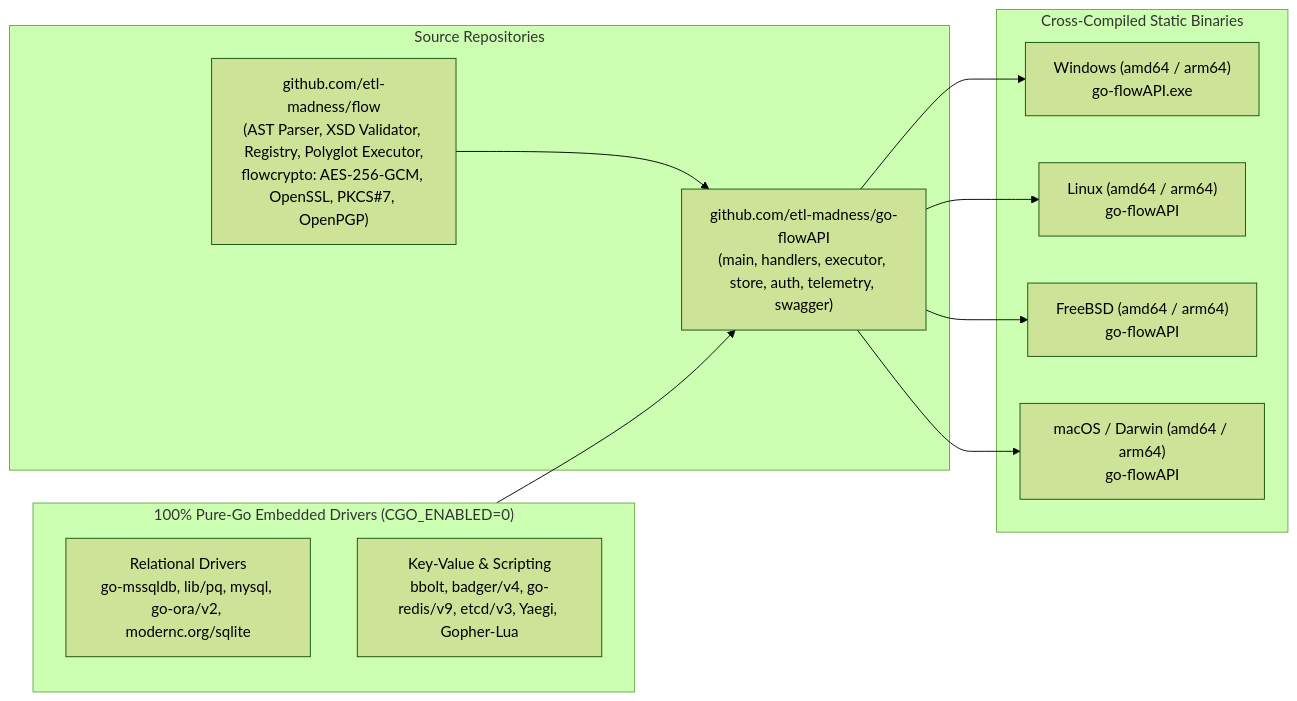
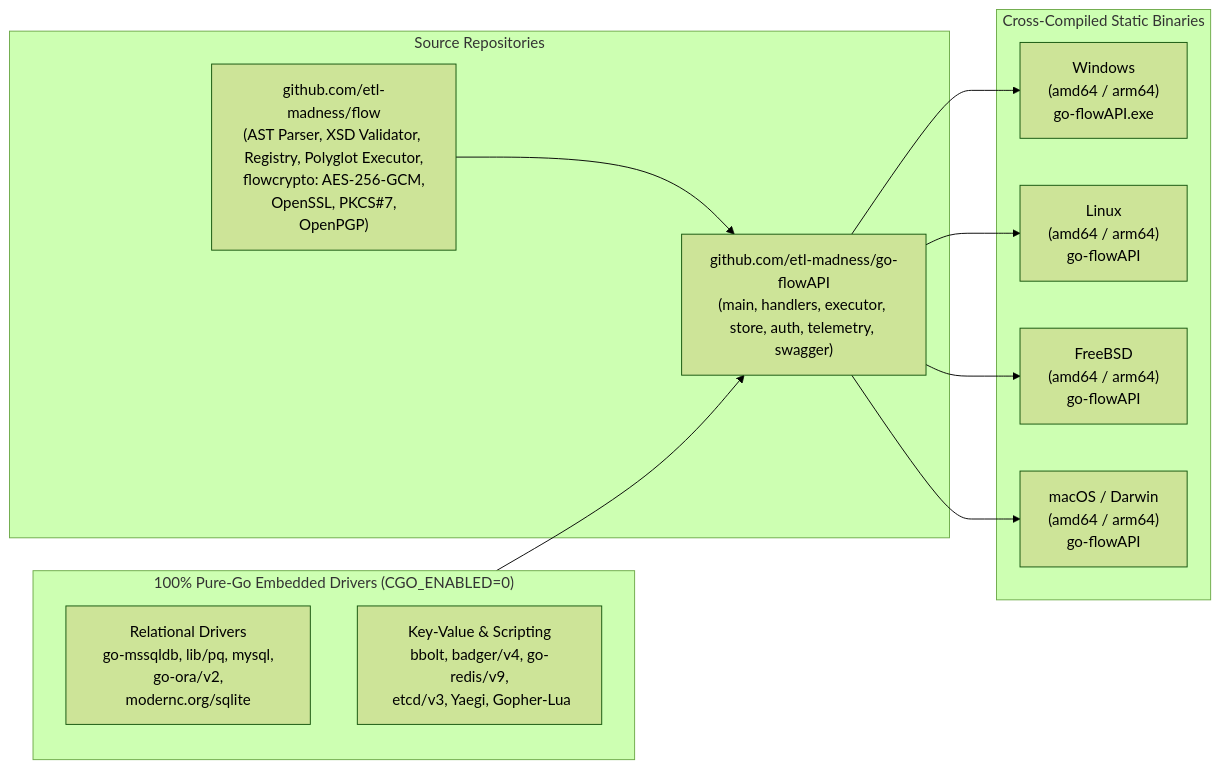
Before and after one commit to etl-madness/flow-docs: the first of 2 diagrams in docs/guides/API_COMPILATION_AND_BUILD_GUIDE.md, drawn with Mermaid (forest theme). The commit also changed other lines of this file and 4 other files, not shown here.

Commit message:
feat: git pages, mermaid graph cleanup v2

````diff
--- a/docs/guides/API_COMPILATION_AND_BUILD_GUIDE.md
+++ b/docs/guides/API_COMPILATION_AND_BUILD_GUIDE.md
@@ -47,23 +47,23 @@
 ```mermaid
 flowchart LR
     subgraph Sources["Source Repositories"]
-        API["github.com/etl-madness/go-flowAPI<br/>(main, handlers, executor, store, auth, telemetry, swagger)"]
-        FLOW["github.com/etl-madness/flow<br/>(AST Parser, XSD Validator, Registry, Polyglot Executor,<br/>flowcrypto: AES-256-GCM, OpenSSL, PKCS#7, OpenPGP)"]
+        API["github.com/etl-madness/go-flowAPI<br/>(main, handlers, executor, <br/>store, auth, telemetry, swagger)"]
+        FLOW["github.com/etl-madness/flow<br/>(AST Parser, XSD Validator, <br/>Registry, Polyglot Executor,<br/>flowcrypto: AES-256-GCM,<br/> OpenSSL, PKCS#7, OpenPGP)"]
     end
 
     subgraph Drivers["100% Pure-Go Embedded Drivers (CGO_ENABLED=0)"]
-        SQL["Relational Drivers<br/>go-mssqldb, lib/pq, mysql, go-ora/v2, modernc.org/sqlite"]
-        KV["Key-Value & Scripting<br/>bbolt, badger/v4, go-redis/v9, etcd/v3, Yaegi, Gopher-Lua"]
+        SQL["Relational Drivers<br/>go-mssqldb, lib/pq, mysql,<br/> go-ora/v2, modernc.org/sqlite"]
+        KV["Key-Value & Scripting<br/>bbolt, badger/v4, go-redis/v9,<br/> etcd/v3, Yaegi, Gopher-Lua"]
     end
 
     subgraph Targets["Cross-Compiled Static Binaries"]
-        WIN["Windows (amd64 / arm64)<br/>go-flowAPI.exe"]
-        LIN["Linux (amd64 / arm64)<br/>go-flowAPI"]
-        BSD["FreeBSD (amd64 / arm64)<br/>go-flowAPI"]
-        MAC["macOS / Darwin (amd64 / arm64)<br/>go-flowAPI"]
+        WIN["Windows <br/> (amd64 / arm64)<br/>go-flowAPI.exe"]
+        LIN["Linux <br/> (amd64 / arm64)<br/>go-flowAPI"]
+        BSD["FreeBSD <br/>(amd64 / arm64)<br/>go-flowAPI"]
+        MAC["macOS / Darwin <br/>(amd64 / arm64)<br/>go-flowAPI"]
     end
 
     FLOW --> API
     Drivers --> API
     API --> WIN & LIN & BSD & MAC
 ```
````
